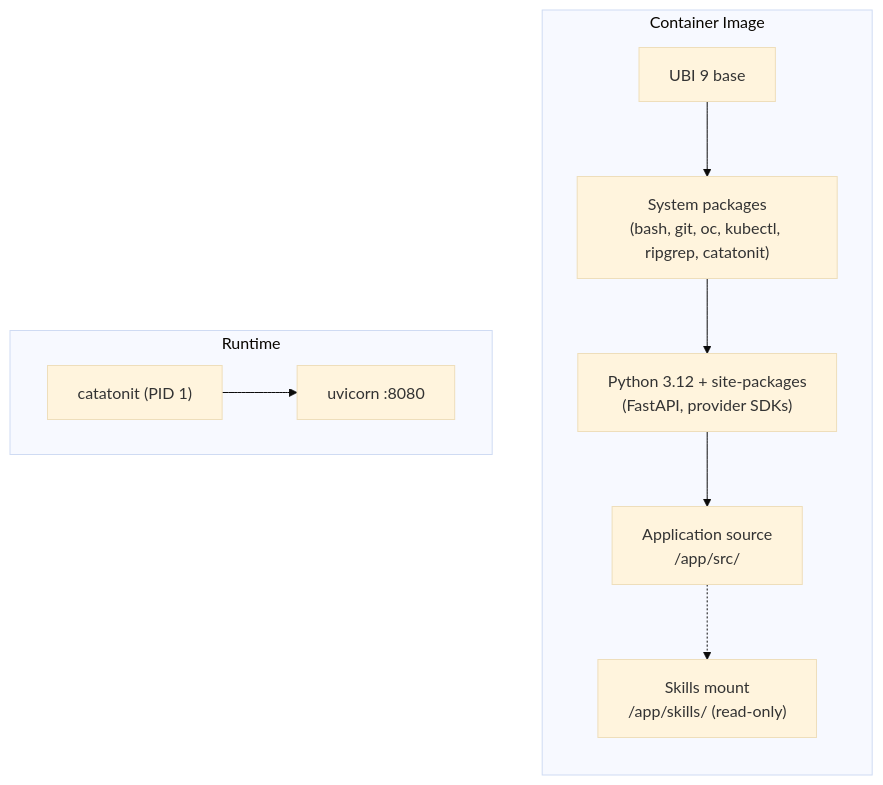
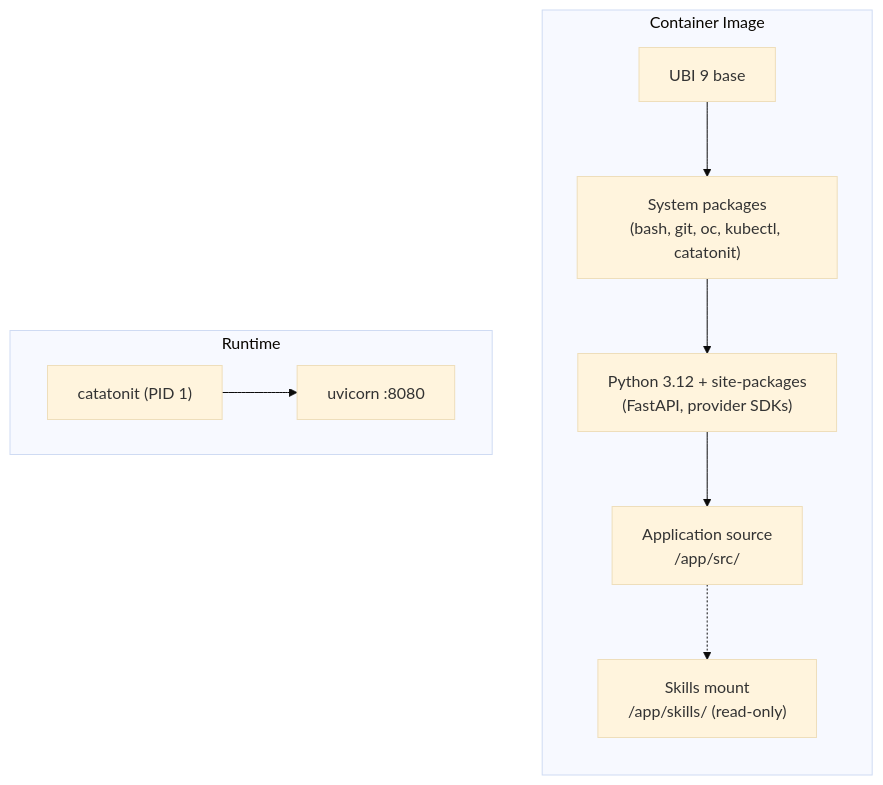
The fourth of 4 diagrams in ARCHITECTURE.md (blublinsky/lightspeed-agentic-sandbox), drawn with Mermaid (base theme) before and after one commit. The commit also changed 2 other files, not shown here.

Commit message:
OLS-0000: fix minor nav inconsistencies from final review
Drop ripgrep from AGENTS/ARCHITECTURE packaging notes; make
agenticrun.uid optional when header absent.

````diff
--- a/ARCHITECTURE.md
+++ b/ARCHITECTURE.md
@@ -124,21 +124,21 @@
 ```mermaid
 graph TD
     subgraph "Container Image"
         direction TB
         Base["UBI 9 base"]
-        Sys["System packages<br/>(bash, git, oc, kubectl, ripgrep, catatonit)"]
+        Sys["System packages<br/>(bash, git, oc, kubectl, catatonit)"]
         Py["Python 3.12 + site-packages<br/>(FastAPI, provider SDKs)"]
         AppSrc["Application source<br/>/app/src/"]
         SkillMount["Skills mount<br/>/app/skills/ (read-only)"]
     end
 
     Base --> Sys --> Py --> AppSrc
     AppSrc -.-> SkillMount
 
     subgraph "Runtime"
         Catatonit["catatonit (PID 1)"]
         Uvicorn["uvicorn :8080"]
     end
 
     Catatonit --> Uvicorn
 ```
````
